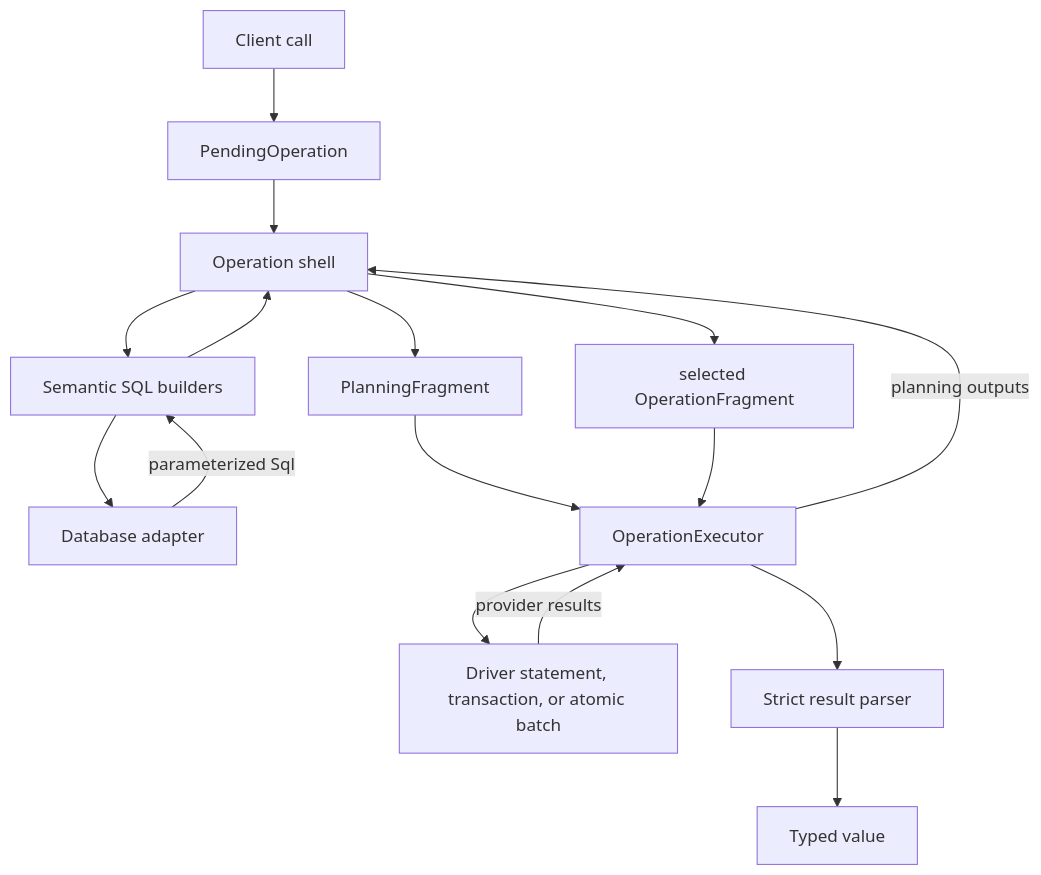
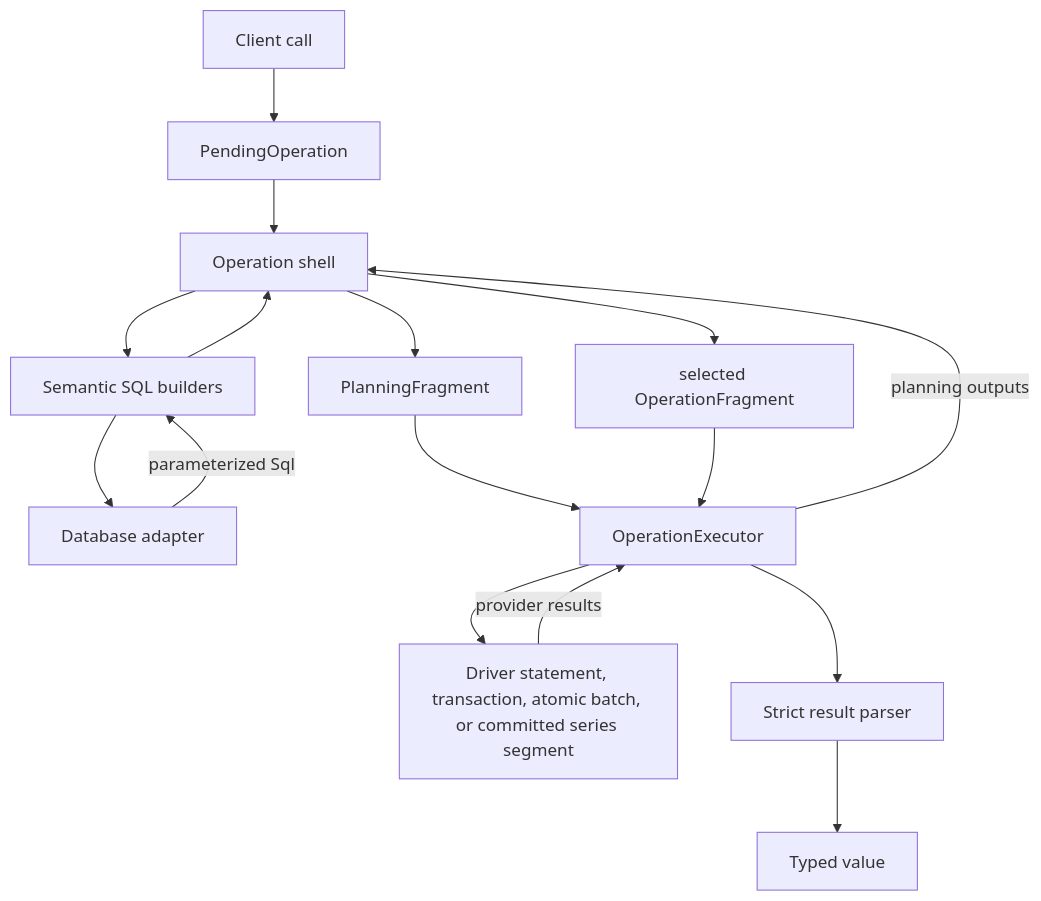
The first of 2 diagrams in docs/content/docs/internals/query-engine.mdx (beynar/viborm), drawn with Mermaid before and after one commit. The commit also changed other lines of this file and 129 other files, not shown here.

````diff
--- a/docs/content/docs/internals/query-engine.mdx
+++ b/docs/content/docs/internals/query-engine.mdx
@@ -21,18 +23,18 @@
 ```mermaid
 flowchart TD
     Call["Client call"] --> Pending["PendingOperation"]
     Pending --> Shell["Operation shell"]
     Shell --> Builders["Semantic SQL builders"]
     Builders --> Adapter["Database adapter"]
     Adapter -->|"parameterized Sql"| Builders
     Builders --> Shell
     Shell --> Planning["PlanningFragment"]
     Planning --> Executor["OperationExecutor"]
     Executor -->|"planning outputs"| Shell
     Shell --> Final["selected OperationFragment"]
     Final --> Executor
-    Executor --> Driver["Driver statement, transaction, or atomic batch"]
+    Executor --> Driver["Driver statement, transaction, atomic batch, or committed series segment"]
     Driver -->|"provider results"| Executor
     Executor --> Results["Strict result parser"]
     Results --> Value["Typed value"]
 ```
````
